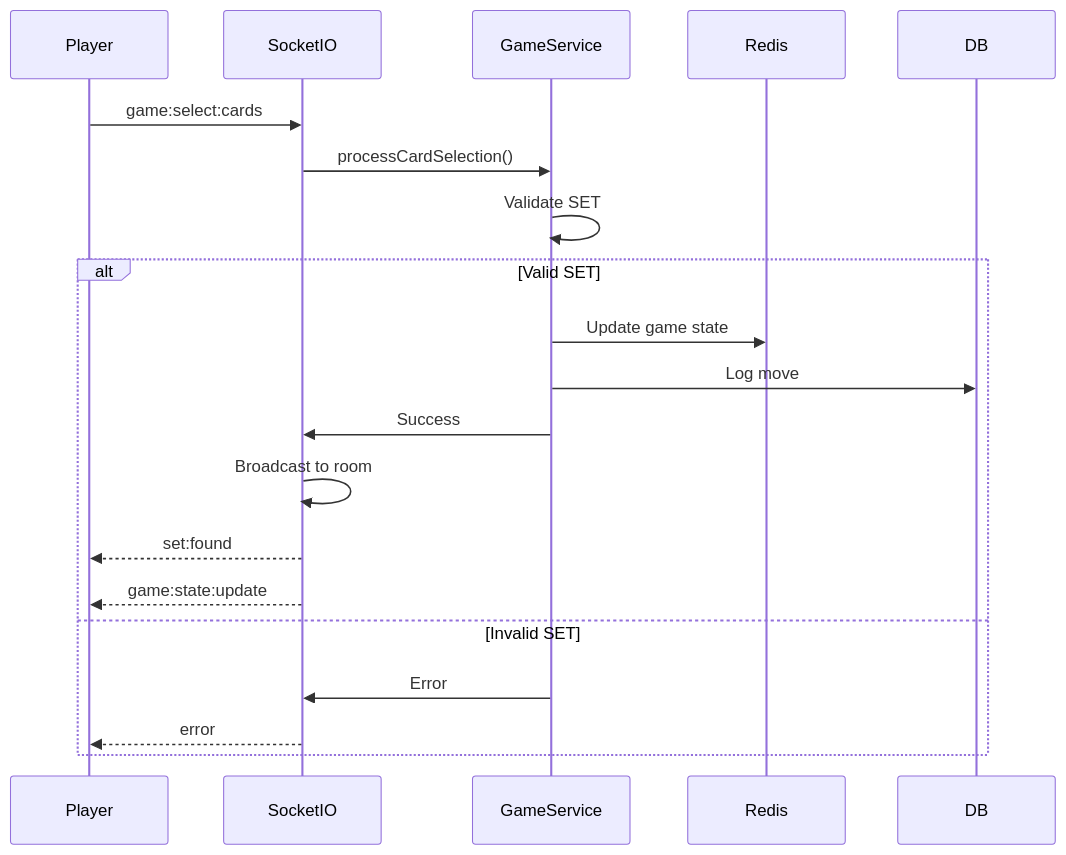
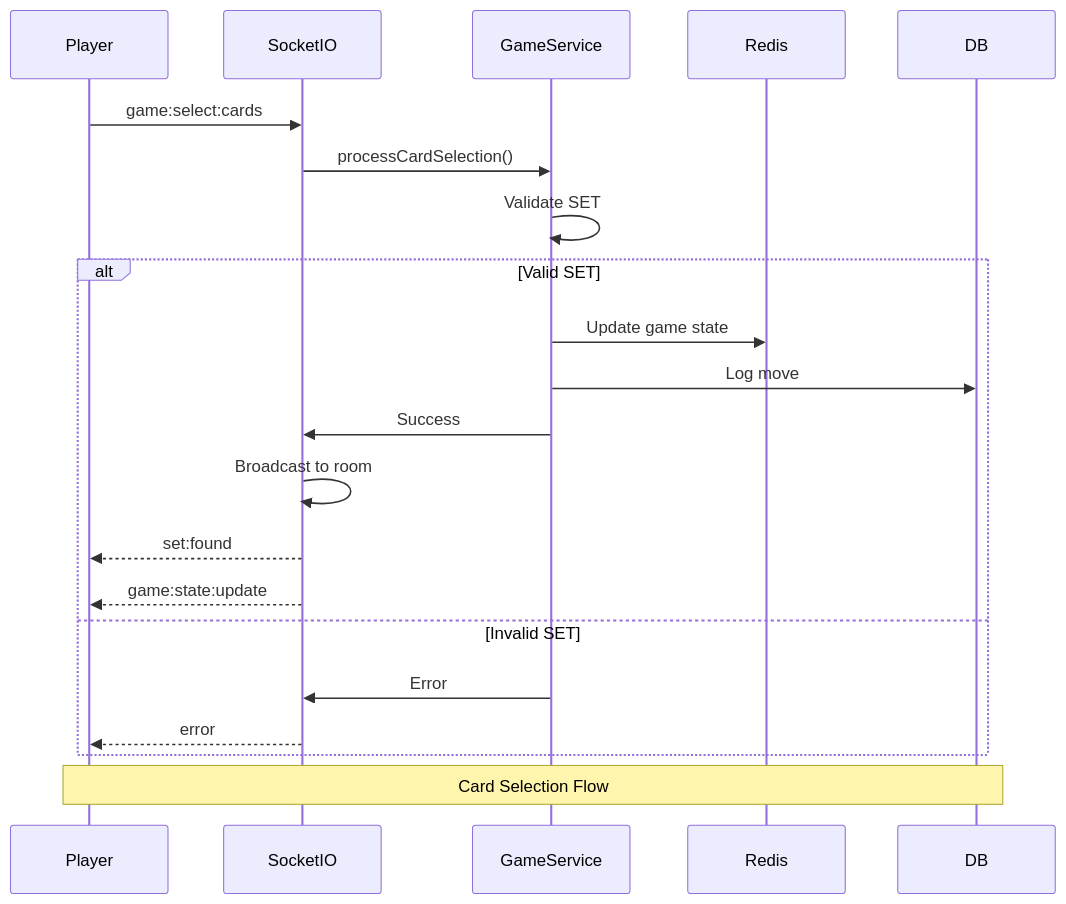
The second of 2 diagrams in docs/api/README.md (hamza-berahma/set-game), drawn with Mermaid before and after one commit. The commit also changed other lines of this file and 7 other files, not shown here.

````diff
--- a/docs/api/README.md
+++ b/docs/api/README.md
@@ -220,24 +222,26 @@
 ```mermaid
 sequenceDiagram
     participant Player
     participant SocketIO
     participant GameService
     participant Redis
     participant DB
     
     Player->>SocketIO: game:select:cards
     SocketIO->>GameService: processCardSelection()
     GameService->>GameService: Validate SET
     
     alt Valid SET
         GameService->>Redis: Update game state
         GameService->>DB: Log move
         GameService->>SocketIO: Success
         SocketIO->>SocketIO: Broadcast to room
         SocketIO-->>Player: set:found
         SocketIO-->>Player: game:state:update
     else Invalid SET
         GameService->>SocketIO: Error
         SocketIO-->>Player: error
     end
+    
+    Note over Player,DB: Card Selection Flow
 ```
````
